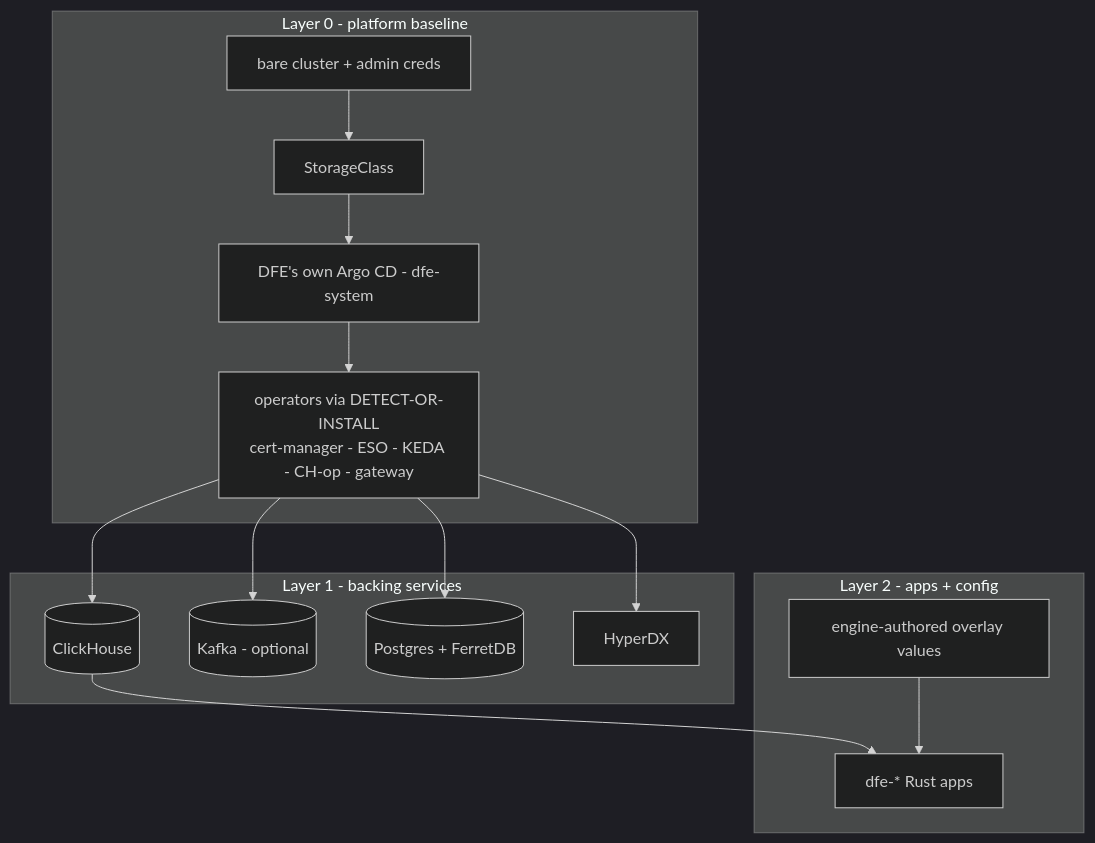
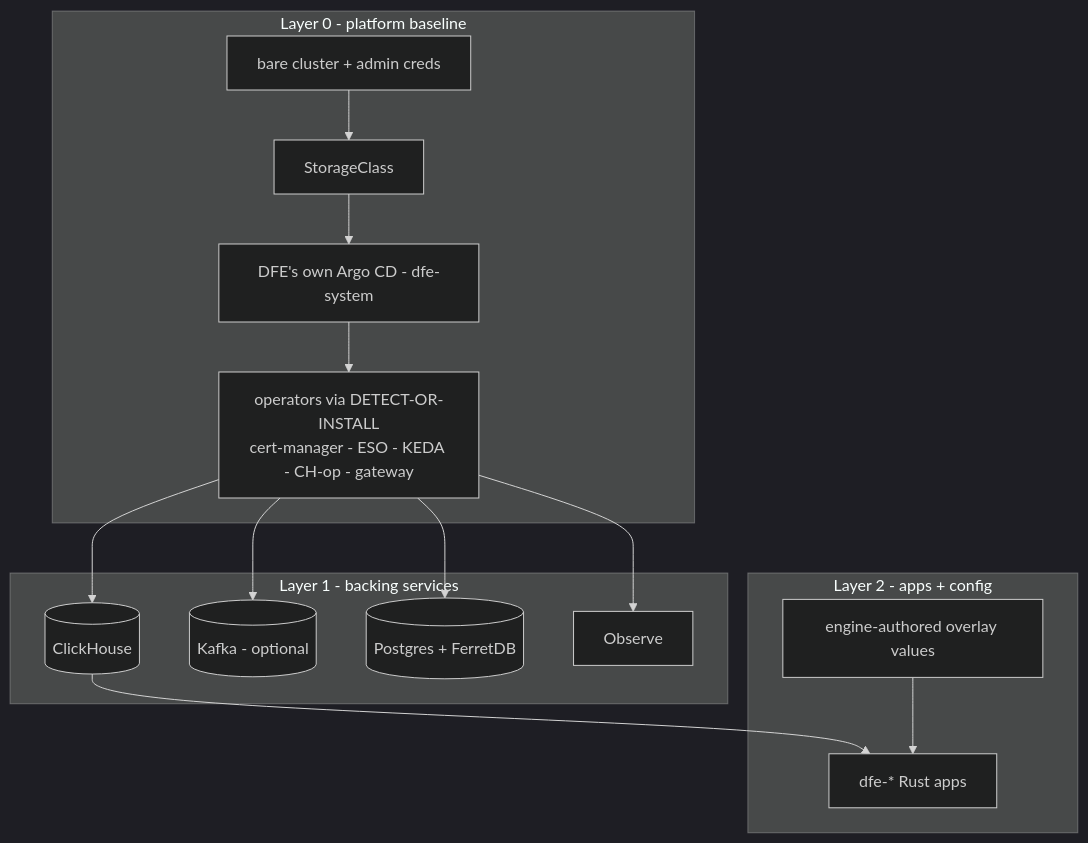
The diagram in docs/deployment/README.md (hyperi-io/dfe-engine), drawn with Mermaid (dark theme) before and after one commit. The commit also changed other lines of this file and 27 other files, not shown here.

````diff
--- a/docs/deployment/README.md
+++ b/docs/deployment/README.md
@@ -23,23 +23,23 @@
 ```mermaid
 flowchart TB
     subgraph L0["Layer 0 - platform baseline"]
         BARE[bare cluster + admin creds]
         STORE[StorageClass]
         DARGO[DFE's own Argo CD - dfe-system]
         OPS[operators via DETECT-OR-INSTALL<br/>cert-manager - ESO - KEDA - CH-op - gateway]
     end
     subgraph L1["Layer 1 - backing services"]
         CH[(ClickHouse)]
         KAFKA[(Kafka - optional)]
         PG[(Postgres + FerretDB)]
-        HDX[HyperDX]
+        HDX[Observe]
     end
     subgraph L2["Layer 2 - apps + config"]
         RUST[dfe-* Rust apps]
         OVERLAY[engine-authored overlay values]
     end
     BARE --> STORE --> DARGO --> OPS
     OPS --> CH & KAFKA & PG & HDX
     CH --> RUST
     OVERLAY --> RUST
 ```
````
